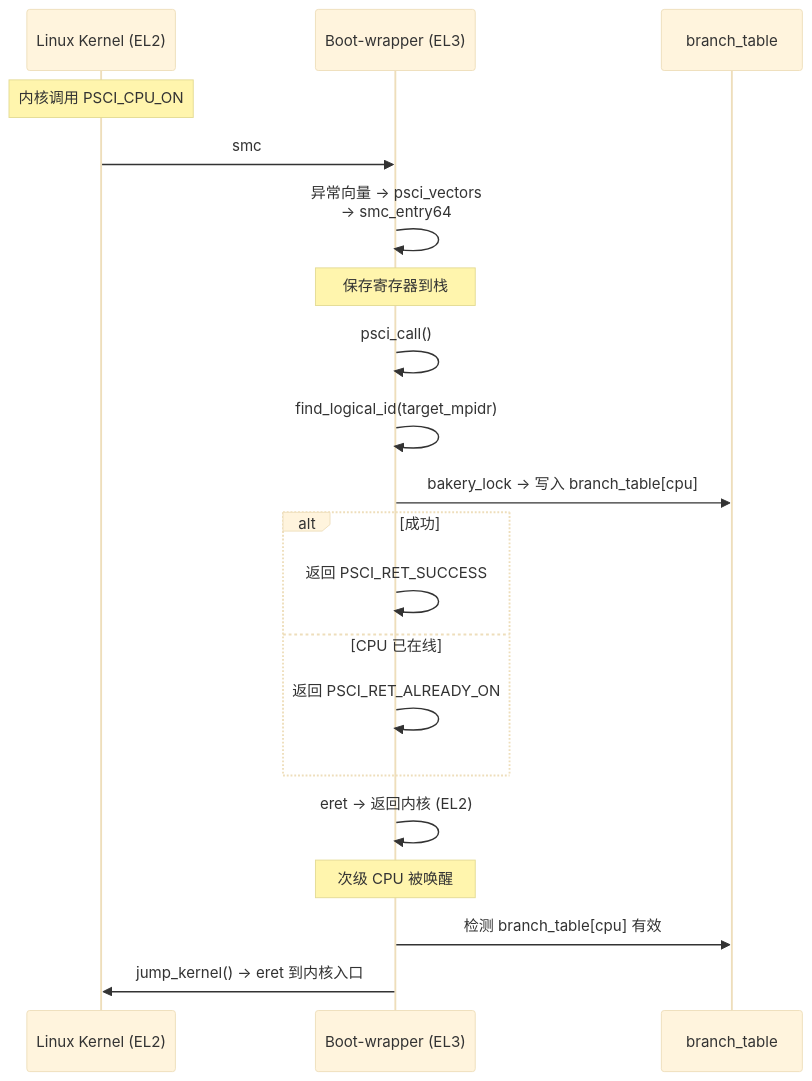
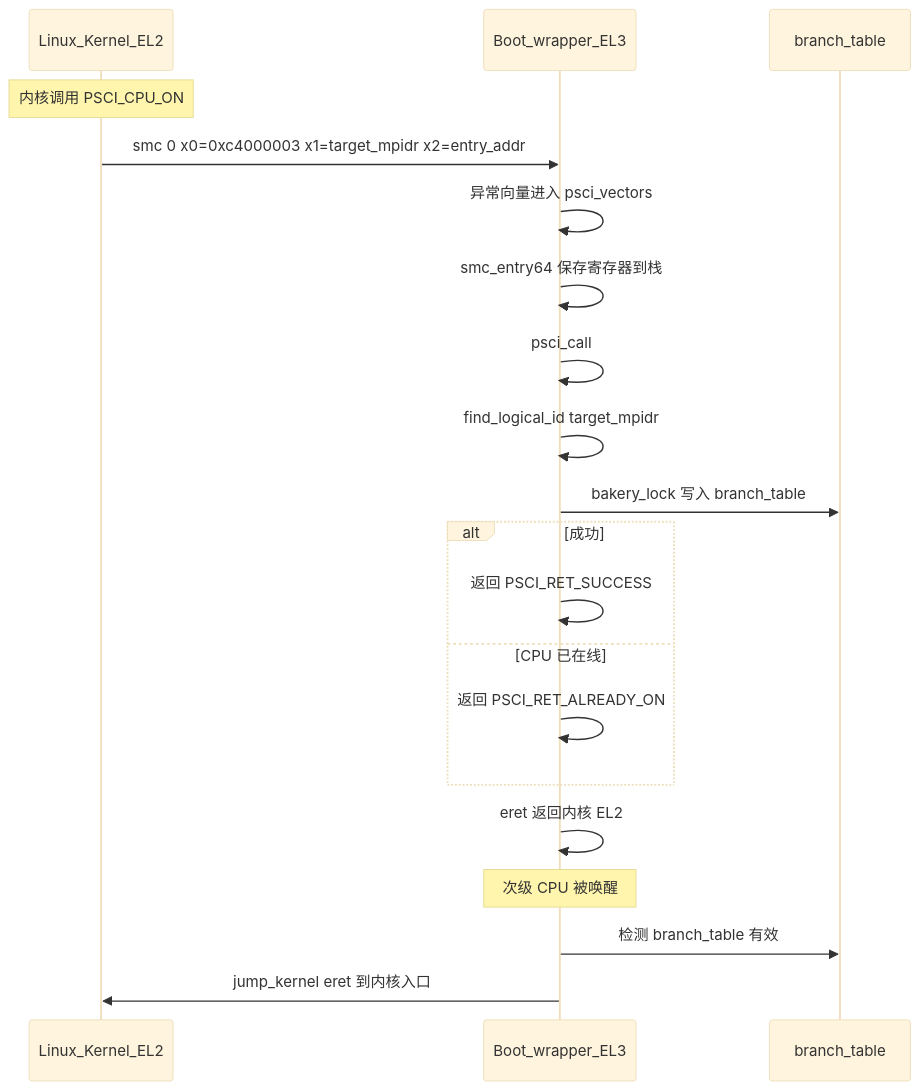
The ninth of 12 diagrams in boot-wrapper-aarch64/Design.md (kimihuang/packages), drawn with Mermaid (base theme) before and after one commit. The commit also changed other lines of this file, not shown here.

Commit message:
bug fix Design.md mermaid

````diff
--- a/boot-wrapper-aarch64/Design.md
+++ b/boot-wrapper-aarch64/Design.md
@@ -284,27 +285,26 @@
 ```mermaid
 sequenceDiagram
-    participant K as Linux Kernel (EL2)
-    participant EL3 as Boot-wrapper (EL3)
+    participant K as Linux_Kernel_EL2
+    participant EL3 as Boot_wrapper_EL3
     participant BT as branch_table
 
     Note over K: 内核调用 PSCI_CPU_ON
-    K->>EL3: smc #0 (x0=0xc4000003, x1=target_mpidr, x2=entry_addr)
-    EL3->>EL3: 异常向量 → psci_vectors<br/>→ smc_entry64
-
-    Note over EL3: 保存寄存器到栈
-    EL3->>EL3: psci_call()
-    EL3->>EL3: find_logical_id(target_mpidr)
-    EL3->>BT: bakery_lock → 写入 branch_table[cpu]
+    K->>EL3: smc 0 x0=0xc4000003 x1=target_mpidr x2=entry_addr
+    EL3->>EL3: 异常向量进入 psci_vectors
+    EL3->>EL3: smc_entry64 保存寄存器到栈
+    EL3->>EL3: psci_call
+    EL3->>EL3: find_logical_id target_mpidr
+    EL3->>BT: bakery_lock 写入 branch_table
 
     alt 成功
         EL3->>EL3: 返回 PSCI_RET_SUCCESS
     else CPU 已在线
         EL3->>EL3: 返回 PSCI_RET_ALREADY_ON
     end
 
-    EL3->>EL3: eret → 返回内核 (EL2)
+    EL3->>EL3: eret 返回内核 EL2
 
     Note over EL3: 次级 CPU 被唤醒
-    EL3->>BT: 检测 branch_table[cpu] 有效
-    EL3->>K: jump_kernel() → eret 到内核入口
+    EL3->>BT: 检测 branch_table 有效
+    EL3->>K: jump_kernel eret 到内核入口
 ```
````
